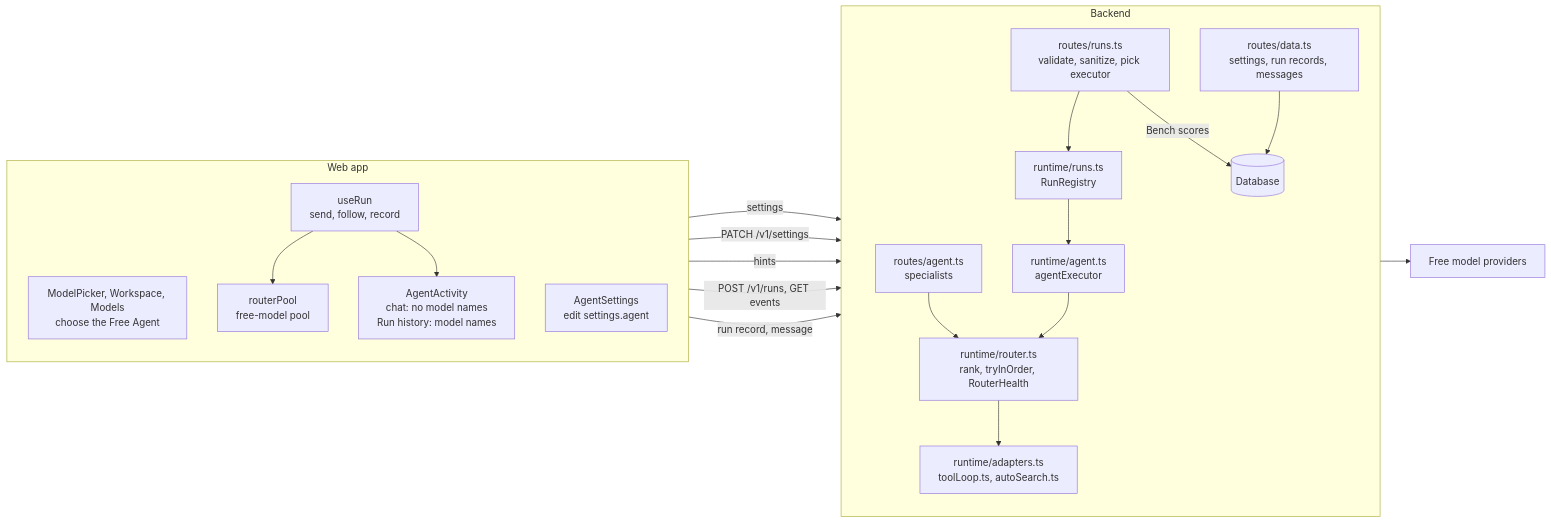
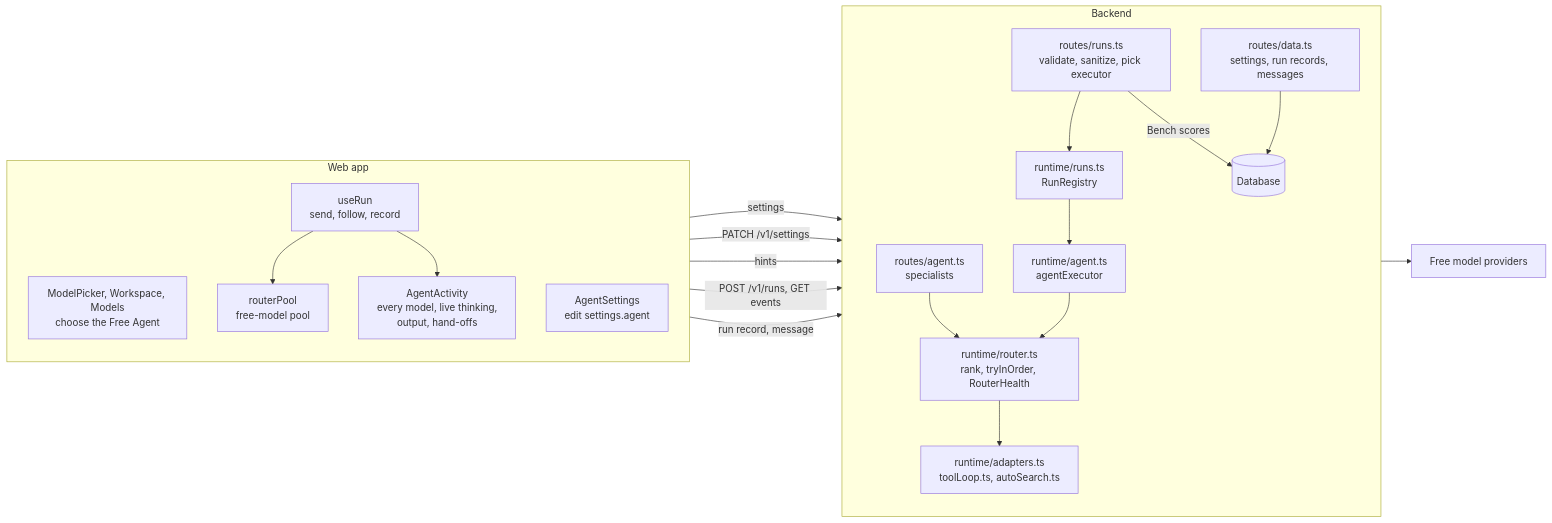
Before and after one commit to sanketmuchhala/Nerdplexity: the second of 8 diagrams in backend/docs/free-agent-architecture.md, drawn with Mermaid. The commit also changed other lines of this file and 22 other files, not shown here.

First line of the commit message:
feat(agent): always several models, with a live panel of every model's work

````diff
--- a/backend/docs/free-agent-architecture.md
+++ b/backend/docs/free-agent-architecture.md
@@ -90,36 +91,36 @@
 ```mermaid
 flowchart LR
     subgraph Browser[Web app]
         direction TB
         Choose[ModelPicker, Workspace, Models<br/>choose the Free Agent]
         Settings[AgentSettings<br/>edit settings.agent]
         UseRun[useRun<br/>send, follow, record]
         Pool[routerPool<br/>free-model pool]
-        Panels[AgentActivity<br/>chat: no model names<br/>Run history: model names]
+        Panels[AgentActivity<br/>every model, live thinking,<br/>output, hand-offs]
         UseRun --> Pool
         UseRun --> Panels
     end
 
     subgraph Server[Backend]
         direction TB
         DataRoute[routes/data.ts<br/>settings, run records, messages]
         RunsRoute[routes/runs.ts<br/>validate, sanitize, pick executor]
         AgentRoute[routes/agent.ts<br/>specialists]
         Registry[runtime/runs.ts<br/>RunRegistry]
         AgentExec[runtime/agent.ts<br/>agentExecutor]
         RouterMod[runtime/router.ts<br/>rank, tryInOrder, RouterHealth]
         Adapters[runtime/adapters.ts<br/>toolLoop.ts, autoSearch.ts]
         DB[(Database)]
         RunsRoute --> Registry --> AgentExec --> RouterMod --> Adapters
         AgentRoute --> RouterMod
         DataRoute --> DB
         RunsRoute -->|Bench scores| DB
     end
 
     Choose -->|settings| DataRoute
     Settings -->|PATCH /v1/settings| DataRoute
     Settings -->|hints| AgentRoute
     UseRun -->|POST /v1/runs, GET events| RunsRoute
     UseRun -->|run record, message| DataRoute
     Adapters --> Providers[Free model providers]
 ```
````
